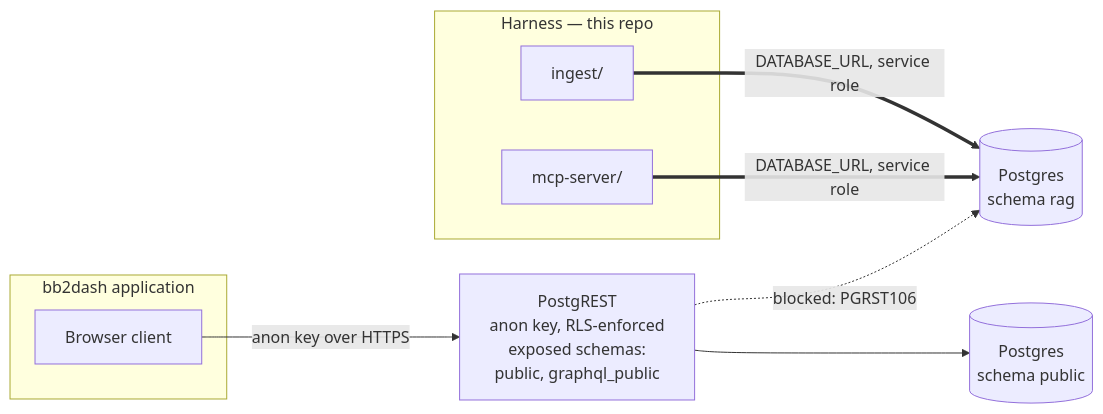
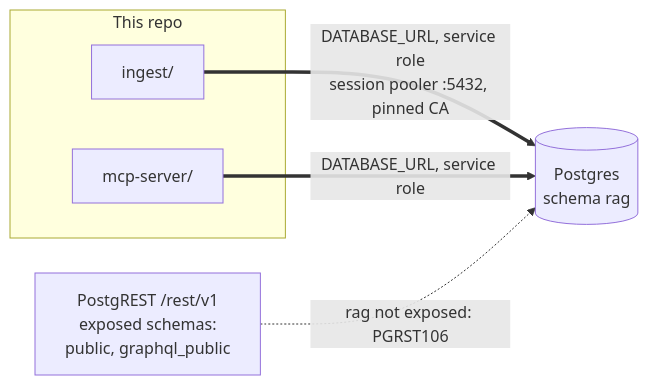
The third of 3 diagrams in docs/architecture.md (emstacho-su/agentic-harness), drawn with Mermaid before and after one commit. The commit also changed other lines of this file and 8 other files, not shown here.

````diff
--- a/docs/architecture.md
+++ b/docs/architecture.md
@@ -219,21 +244,14 @@
 ```mermaid
 flowchart LR
-    subgraph harness["Harness — this repo"]
+    subgraph harness["This repo"]
         ing["ingest/"]
         mcp["mcp-server/"]
     end
 
-    subgraph app["bb2dash application"]
-        web["Browser client"]
-    end
+    pg[("Postgres<br/>schema rag")]
+    rest["PostgREST /rest/v1<br/>exposed schemas:<br/>public, graphql_public"]
 
-    pg[("Postgres<br/>schema rag")]
-    pub[("Postgres<br/>schema public")]
-    rest["PostgREST<br/>anon key, RLS-enforced<br/>exposed schemas:<br/>public, graphql_public"]
-
-    ing ==>|"DATABASE_URL, service role"| pg
+    ing ==>|"DATABASE_URL, service role<br/>session pooler :5432, pinned CA"| pg
     mcp ==>|"DATABASE_URL, service role"| pg
-    web -->|"anon key over HTTPS"| rest
-    rest --> pub
-    rest -.->|"blocked: PGRST106"| pg
+    rest -.->|"rag not exposed: PGRST106"| pg
 ```
````
